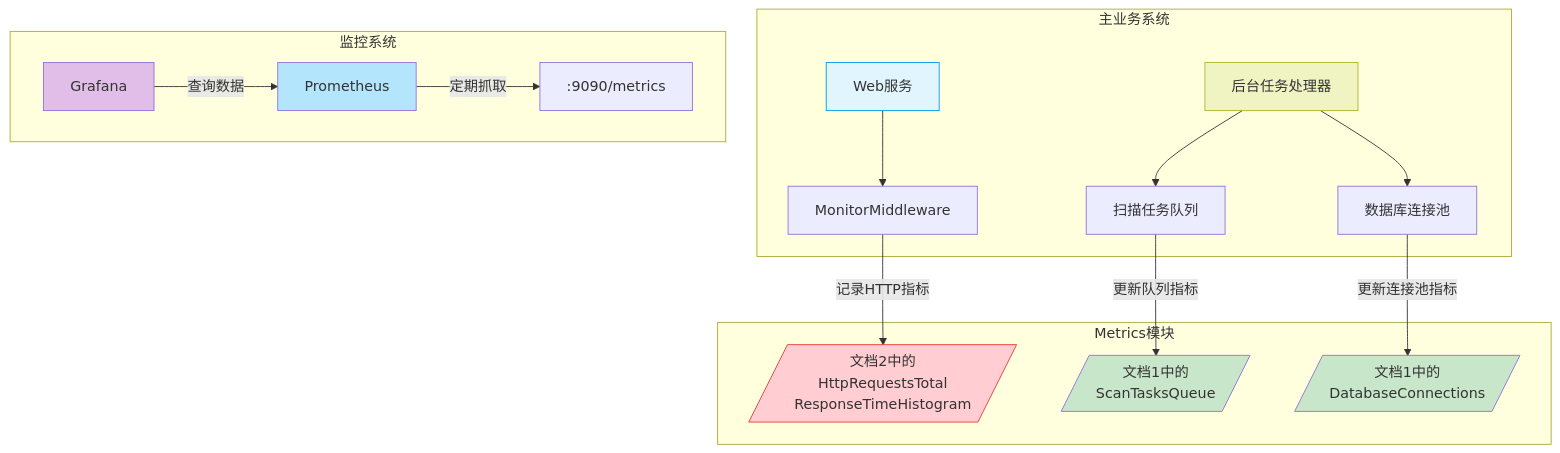
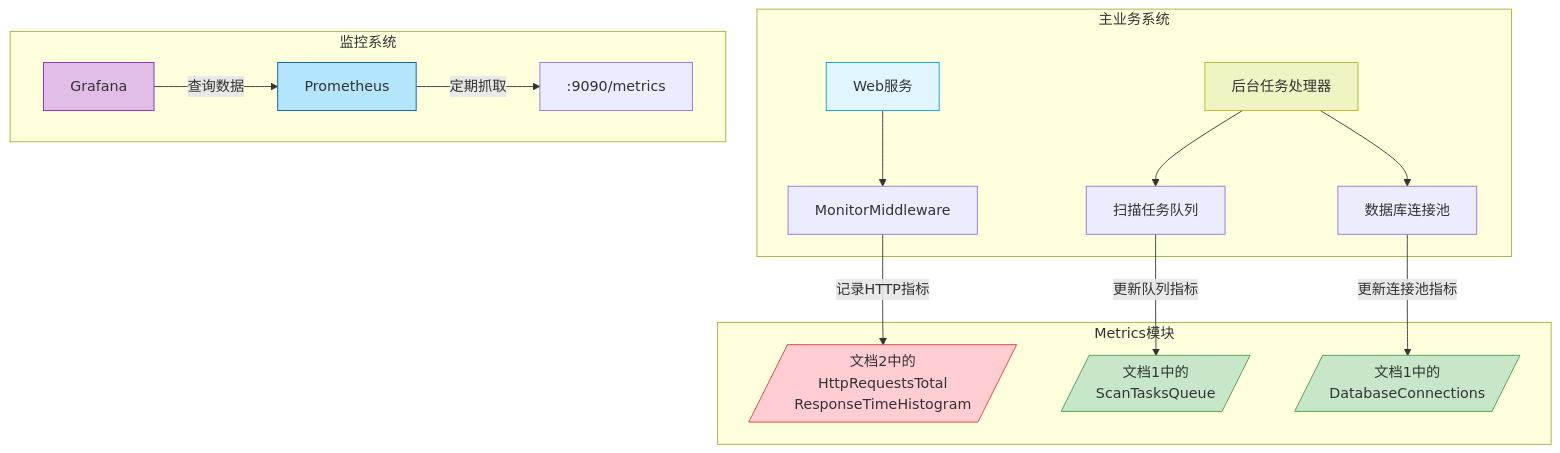
Before and after one commit to blackarbiter/go-sac: the diagram in pkg/metrics/relation.mmd, drawn with Mermaid. The commit also changed 22 other files, not shown here.

```diff
--- a/pkg/metrics/relation.mmd
+++ b/pkg/metrics/relation.mmd
@@ -1,25 +1,25 @@
 graph TD
     subgraph 主业务系统
         A[Web服务] --> B[MonitorMiddleware]
         C[后台任务处理器] --> D[扫描任务队列]
         C --> E[数据库连接池]
     end
 
     subgraph Metrics模块
         B --> |记录HTTP指标| F[/文档2中的\nHttpRequestsTotal\nResponseTimeHistogram/]
         D --> |更新队列指标| G[/文档1中的\nScanTasksQueue/]
         E --> |更新连接池指标| H[/文档1中的\nDatabaseConnections/]
     end
 
     subgraph 监控系统
         I[Prometheus] --> |定期抓取| J[:9090/metrics]
         K[Grafana] --> |查询数据| I
     end
 
     style A fill:#e1f5fe,stroke:#039be5
     style C fill:#f0f4c3,stroke:#afb42b
     style F fill:#ffcdd2,stroke:#e53935
-    style G fill:#c8e6c9,stroke#43a047
-    style H fill:#c8e6c9,stroke#43a047
-    style I fill:#b3e5fc,stroke#01579b
-    style K fill:#e1bee7,stroke#8e24aa
+    style G fill:#c8e6c9,stroke:#43a047
+    style H fill:#c8e6c9,stroke:#43a047
+    style I fill:#b3e5fc,stroke:#01579b
+    style K fill:#e1bee7,stroke:#8e24aa
```
